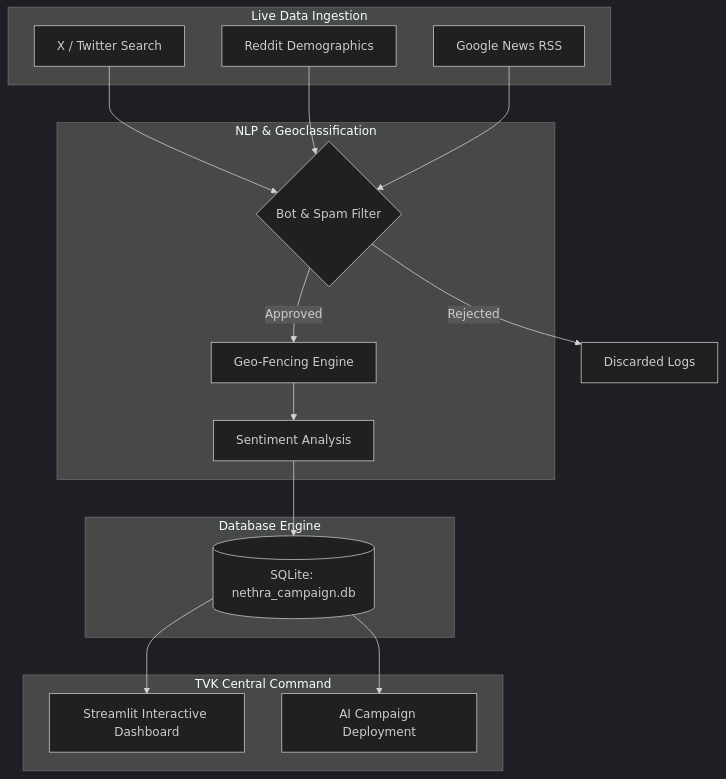
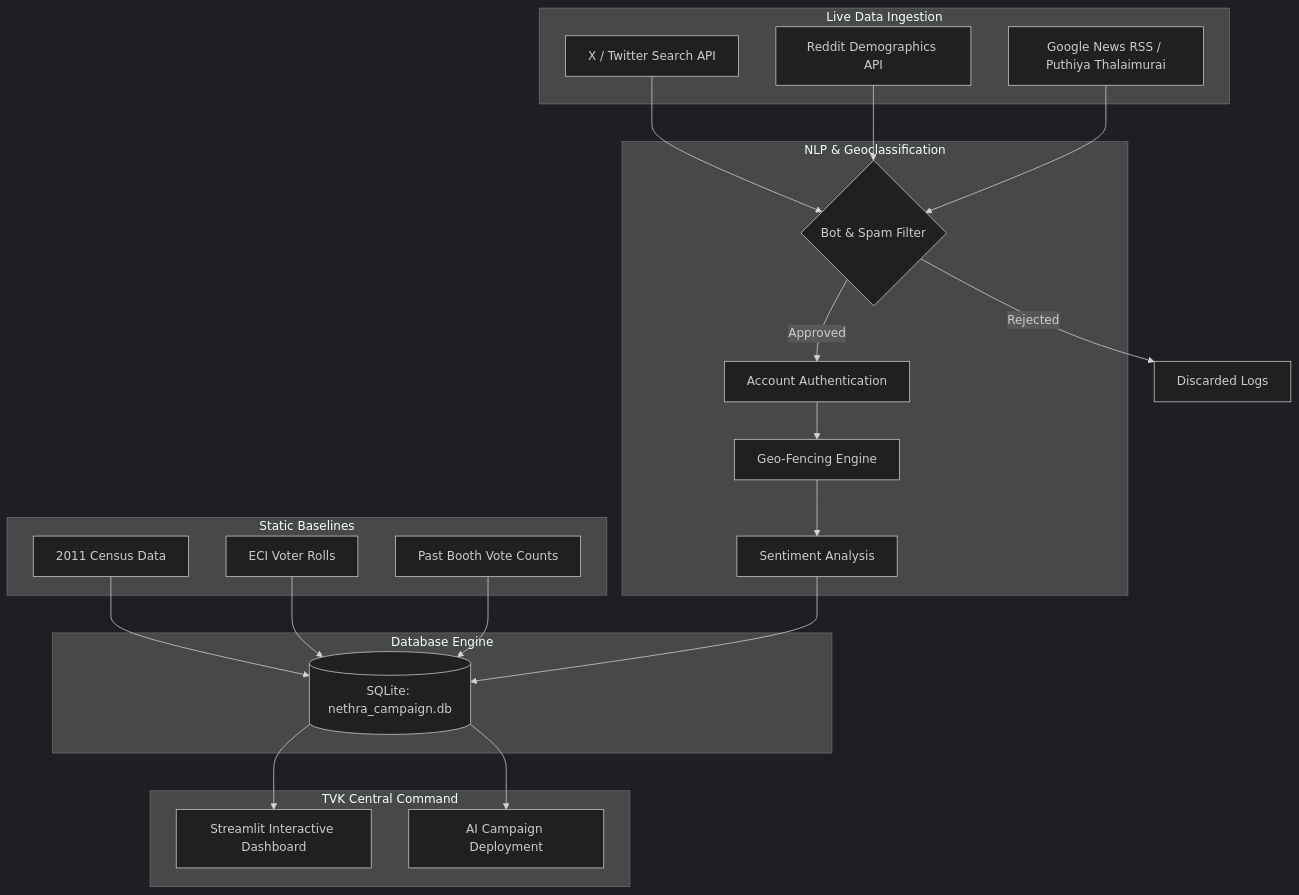
Before and after one commit to pramodcbabu/debaz: the diagram in nethra/docs/dashboard_help.md, drawn with Mermaid (dark theme). The commit also changed other lines of this file and 1 other file, not shown here.

````diff
--- a/nethra/docs/dashboard_help.md
+++ b/nethra/docs/dashboard_help.md
@@ -13,31 +13,40 @@
 ```mermaid
 flowchart TD
+    subgraph Offline Ground Truth [Static Baselines]
+        CEN[2011 Census Data]
+        VR[ECI Voter Rolls]
+        PB[Past Booth Vote Counts]
+    end
+
     subgraph Data Mining [Live Data Ingestion]
-        X[X / Twitter Search]
-        R[Reddit Demographics]
-        N[Google News RSS]
+        X[X / Twitter Search API]
+        R[Reddit Demographics API]
+        N[Google News RSS / Puthiya Thalaimurai]
     end
     
     subgraph Quality Gate [NLP & Geoclassification]
         SPAM{Bot & Spam Filter}
+        AUTH[Account Authentication]
         GEO[Geo-Fencing Engine]
         SENT[Sentiment Analysis]
     end
 
     subgraph Storage [Database Engine]
         SQL[(SQLite: nethra_campaign.db)]
     end
     
     subgraph Frontend [TVK Central Command]
         UI[Streamlit Interactive Dashboard]
         AI[AI Campaign Deployment]
     end
 
+    CEN & VR & PB --> SQL
     X & R & N --> SPAM
     SPAM -- Rejected --> Drop[Discarded Logs]
-    SPAM -- Approved --> GEO
+    SPAM -- Approved --> AUTH
+    AUTH --> GEO
     GEO --> SENT
     SENT --> SQL
     SQL --> UI
     SQL --> AI
 ```
````
